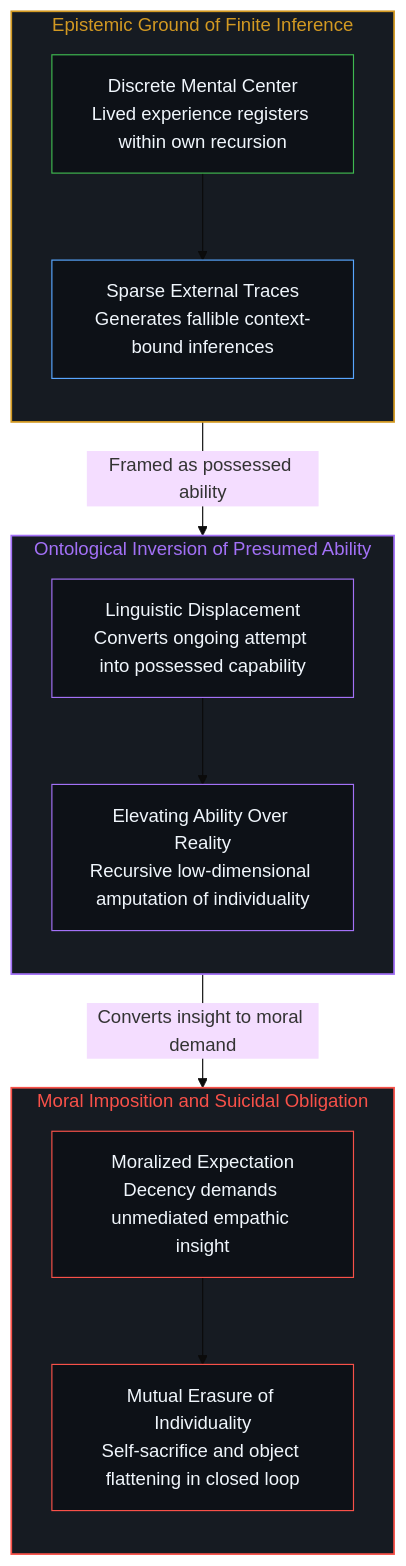
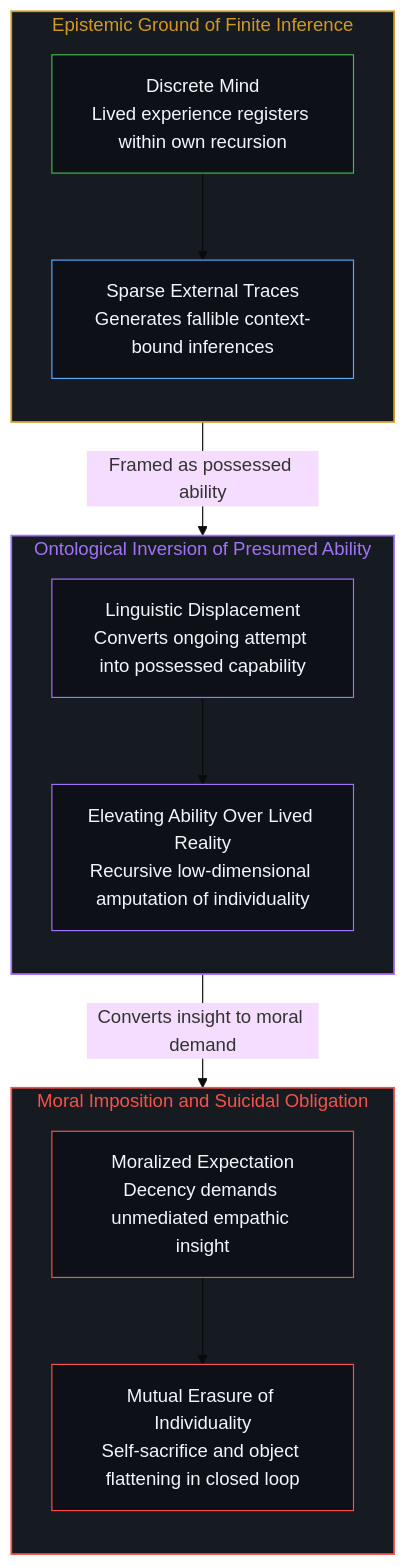
The second of 4 diagrams in content/posts/the-capability-reversal-of-empathy-and-the-contest-of-boundaries.md (powerpig99/not-a-toe), drawn with Mermaid (base theme) before and after one commit. The commit also changed other lines of this file and 7 other files, not shown here.

````diff
--- a/content/posts/the-capability-reversal-of-empathy-and-the-contest-of-boundaries.md
+++ b/content/posts/the-capability-reversal-of-empathy-and-the-contest-of-boundaries.md
@@ -69,31 +64,26 @@
 ```mermaid
 graph TD
     subgraph S_Inference ["Epistemic Ground of Finite Inference"]
         direction TB
-        INF1["Discrete Mental Center<br/>Lived experience registers within own recursion"] --> INF2["Sparse External Traces<br/>Generates fallible context-bound inferences"]
+        INF1["Discrete Mind<br/>Lived experience registers within own recursion"] --> INF2["Sparse External Traces<br/>Generates fallible context-bound inferences"]
     end
-
     subgraph S_Reversal ["Ontological Inversion of Presumed Ability"]
         direction TB
-        REV1["Linguistic Displacement<br/>Converts ongoing attempt into possessed capability"] --> REV2["Elevating Ability Over Reality<br/>Recursive low-dimensional amputation of individuality"]
+        REV1["Linguistic Displacement<br/>Converts ongoing attempt into possessed capability"] --> REV2["Elevating Ability Over Lived Reality<br/>Recursive low-dimensional amputation of individuality"]
     end
-
     subgraph S_Imposition ["Moral Imposition and Suicidal Obligation"]
         direction TB
         IMP1["Moralized Expectation<br/>Decency demands unmediated empathic insight"] --> IMP2["Mutual Erasure of Individuality<br/>Self-sacrifice and object flattening in closed loop"]
     end
-
     INF2 -->|"Framed as possessed ability"| REV1
     REV2 -->|"Converts insight to moral demand"| IMP1
-
     style S_Inference fill:#161b22,stroke:#d29922,stroke-width:1.5px,color:#d29922
     style S_Reversal fill:#161b22,stroke:#a371f7,stroke-width:1.5px,color:#a371f7
     style S_Imposition fill:#161b22,stroke:#f85149,stroke-width:1.5px,color:#f85149
-
     style INF1 fill:#0d1117,stroke:#3fb950,stroke-width:1px,color:#f0f6fc
     style INF2 fill:#0d1117,stroke:#58a6ff,stroke-width:1px,color:#f0f6fc
     style REV1 fill:#0d1117,stroke:#a371f7,stroke-width:1px,color:#f0f6fc
     style REV2 fill:#0d1117,stroke:#a371f7,stroke-width:1px,color:#f0f6fc
     style IMP1 fill:#0d1117,stroke:#f85149,stroke-width:1px,color:#f0f6fc
     style IMP2 fill:#0d1117,stroke:#f85149,stroke-width:1px,color:#f0f6fc
 ```
````
